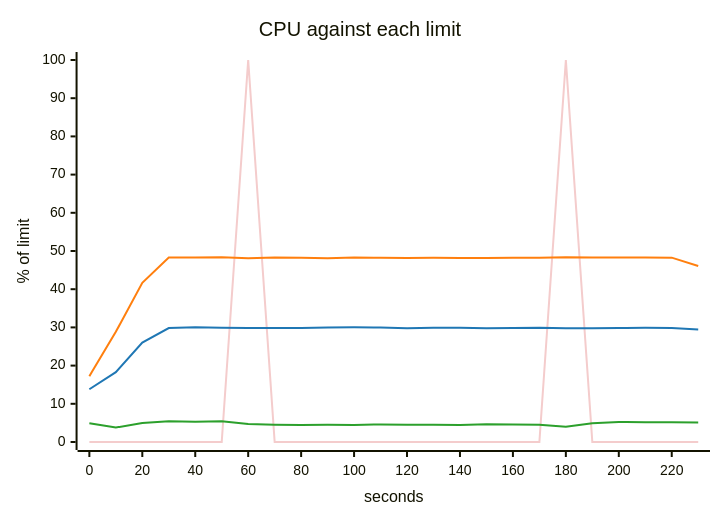
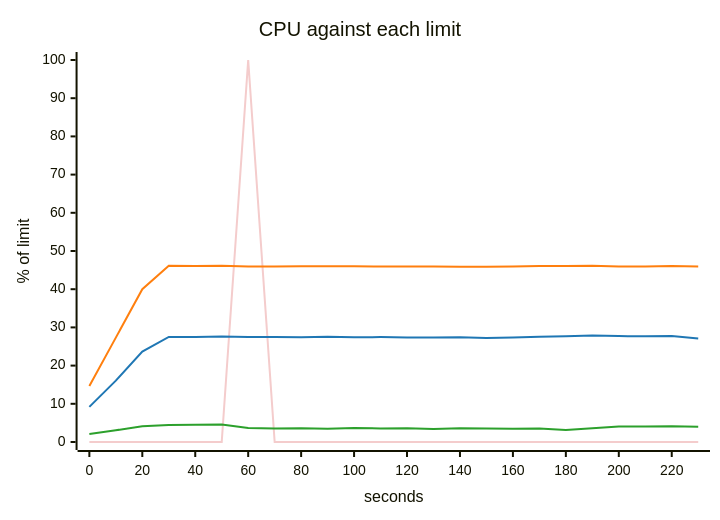
Before and after one commit to akinfemi/load-lore: the fifth of 5 diagrams in scenarios/flaky-network/solutions/timeout-for-the-tail/report.md, drawn with Mermaid. The commit also changed other lines of this file and 71 other files, not shown here.

````diff
--- a/scenarios/flaky-network/solutions/timeout-for-the-tail/report.md
+++ b/scenarios/flaky-network/solutions/timeout-for-the-tail/report.md
@@ -93,17 +93,17 @@
 ```mermaid
 ---
 config:
   themeVariables:
     xyChart:
       backgroundColor: "transparent"
       plotColorPalette: "#f4cccc, #1f77b4, #ff7f0e, #2ca02c"
 ---
 xychart-beta
     title "CPU against each limit"
     x-axis "seconds" 0 --> 230
     y-axis "% of limit" 0 --> 100
-    line [0, 0, 0, 0, 0, 0, 100, 0, 0, 0, 0, 0, 0, 0, 0, 0, 0, 0, 100, 0, 0, 0, 0, 0]
-    line [13.813, 18.291, 26.043, 29.815, 30.04, 29.918, 29.86, 29.831, 29.847, 29.994, 30.012, 29.983, 29.79, 29.884, 29.926, 29.787, 29.816, 29.914, 29.808, 29.765, 29.821, 29.878, 29.844, 29.467]
-    line [17.238, 28.845, 41.69, 48.275, 48.296, 48.352, 48.077, 48.279, 48.22, 48.128, 48.311, 48.222, 48.148, 48.219, 48.145, 48.18, 48.223, 48.254, 48.362, 48.313, 48.272, 48.306, 48.259, 46.084]
-    line [4.923, 3.785, 4.957, 5.417, 5.306, 5.433, 4.697, 4.516, 4.447, 4.534, 4.471, 4.605, 4.498, 4.513, 4.424, 4.626, 4.601, 4.515, 3.981, 4.908, 5.225, 5.195, 5.146, 5.111]
+    line [0, 0, 0, 0, 0, 0, 100, 0, 0, 0, 0, 0, 0, 0, 0, 0, 0, 0, 0, 0, 0, 0, 0, 0]
+    line [9.197, 16.058, 23.68, 27.507, 27.455, 27.595, 27.462, 27.489, 27.454, 27.535, 27.42, 27.456, 27.347, 27.368, 27.432, 27.252, 27.366, 27.525, 27.697, 27.849, 27.727, 27.669, 27.756, 27.121]
+    line [14.654, 27.325, 39.993, 46.107, 46.049, 46.143, 45.959, 45.91, 45.991, 46.037, 46.024, 45.929, 45.911, 45.918, 45.909, 45.868, 45.963, 46.07, 46.05, 46.121, 45.974, 45.959, 46.067, 45.956]
+    line [2.121, 3.077, 4.098, 4.473, 4.512, 4.562, 3.681, 3.514, 3.627, 3.459, 3.686, 3.56, 3.632, 3.419, 3.576, 3.503, 3.438, 3.536, 3.122, 3.606, 4.067, 4.028, 4.092, 3.987]
 ```
````
